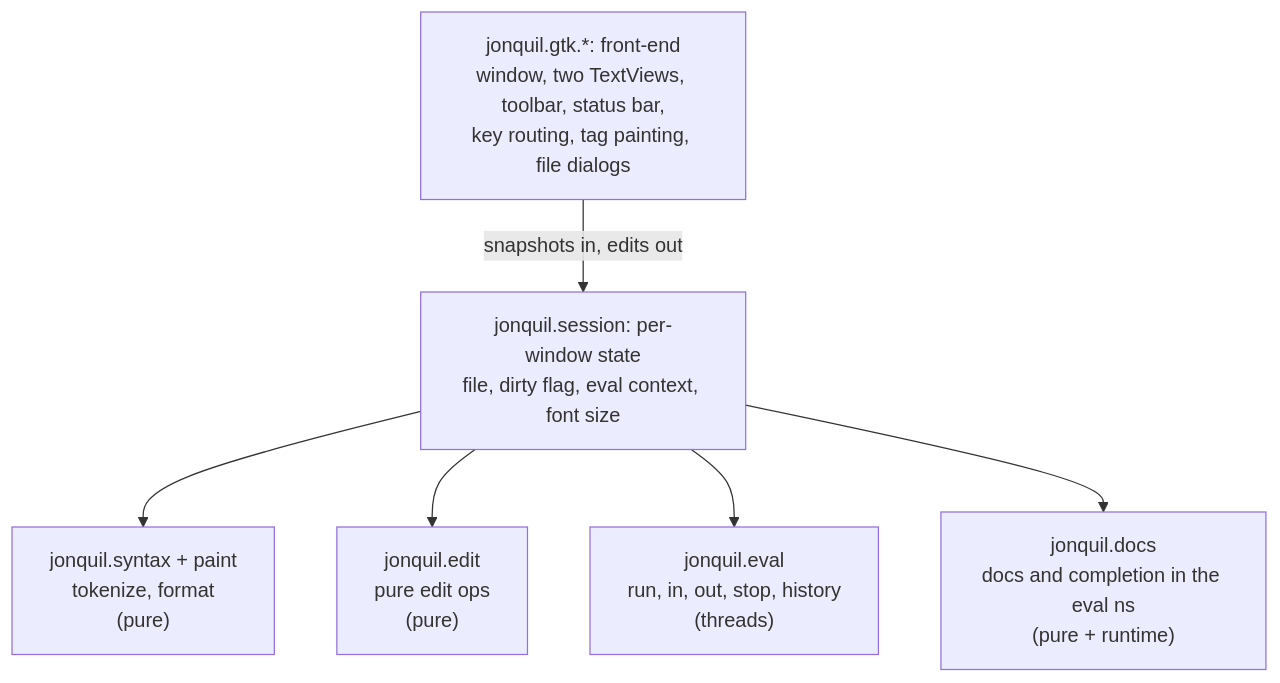
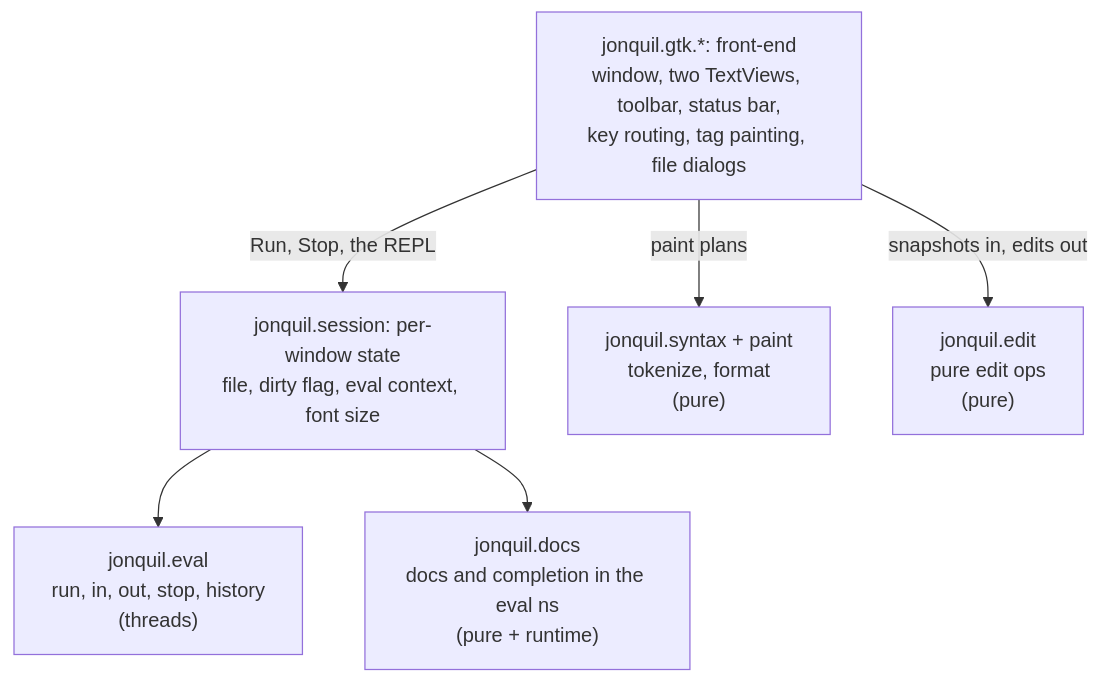
One commit to b12n-oss/jonquil changed the first of 4 diagrams in docs/guide/architecture.md. Above: the diagram before and after it, drawn with Mermaid. The commit also changed other lines of this file and 3 other files, not shown here.

Commit message:
docs: current test and self-test counts, Cmd/Ctrl+E and Escape in the keys table, jonquil.console and jonquil.core, the layer diagram's real edges

````diff
--- a/docs/guide/architecture.md
+++ b/docs/guide/architecture.md
@@ -7,14 +7,14 @@
 ```mermaid
 flowchart TD
   gtk["jonquil.gtk.*: front-end<br/>window, two TextViews, toolbar, status bar,<br/>key routing, tag painting, file dialogs"]
   session["jonquil.session: per-window state<br/>file, dirty flag, eval context, font size"]
   syntax["jonquil.syntax + paint<br/>tokenize, format<br/>(pure)"]
   edit["jonquil.edit<br/>pure edit ops<br/>(pure)"]
   eval["jonquil.eval<br/>run, in, out, stop, history<br/>(threads)"]
   docs["jonquil.docs<br/>docs and completion in the eval ns<br/>(pure + runtime)"]
-  gtk -- "snapshots in, edits out" --> session
-  session --> syntax
-  session --> edit
+  gtk -- "snapshots in, edits out" --> edit
+  gtk -- "paint plans" --> syntax
+  gtk -- "Run, Stop, the REPL" --> session
   session --> eval
   session --> docs
 ```
````
